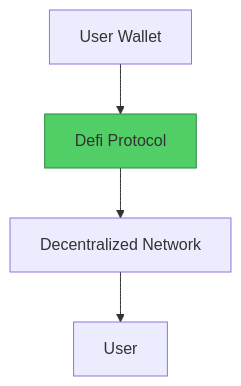
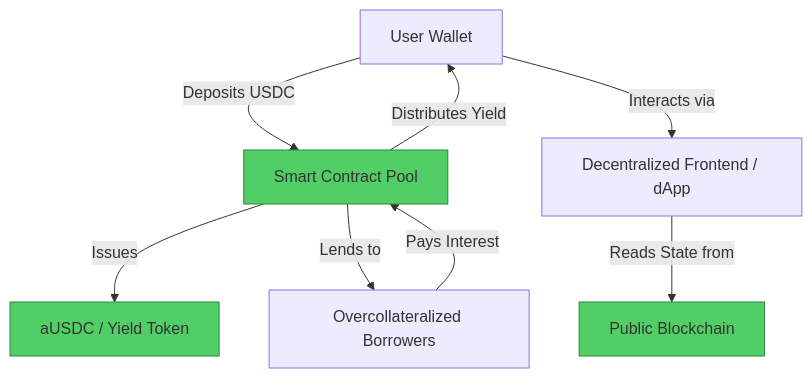
Before and after one commit to Elvatar2/Web2-To-Web3-Migration-Guide: the second of 2 diagrams in 05-finance/02-bank-to-defi.md, drawn with Mermaid. The commit also changed other lines of this file, not shown here.

````diff
--- a/05-finance/02-bank-to-defi.md
+++ b/05-finance/02-bank-to-defi.md
@@ -63,8 +77,14 @@
 ```mermaid
 graph TB
-    A[User Wallet] --> B[Defi Protocol]
-    B --> C[Decentralized Network]
-    C --> D[User]
+    A[User Wallet] -->|Deposits USDC| B[Smart Contract Pool]
+    B -->|Issues| C[aUSDC / Yield Token]
+    B -->|Lends to| D[Overcollateralized Borrowers]
+    D -->|Pays Interest| B
+    B -->|Distributes Yield| A
+    A -->|Interacts via| E[Decentralized Frontend / dApp]
+    E -->|Reads State from| F[Public Blockchain]
 
     style B fill:#51cf66,stroke:#2b8a3e
+    style C fill:#51cf66,stroke:#2b8a3e
+    style F fill:#51cf66,stroke:#2b8a3e
 ```
````
